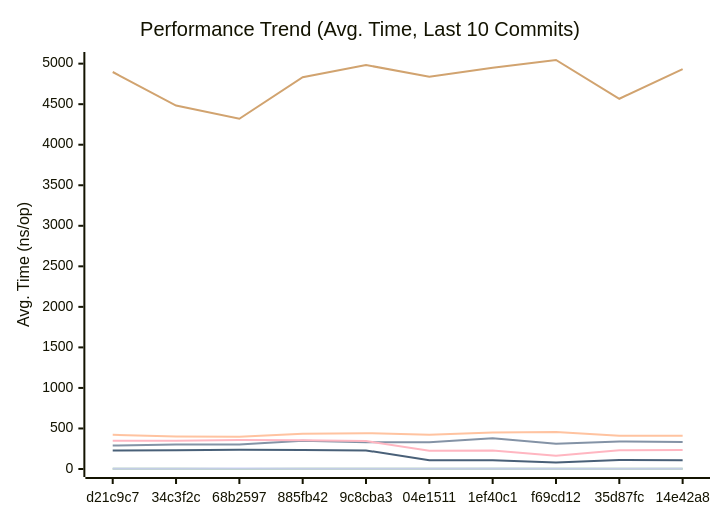
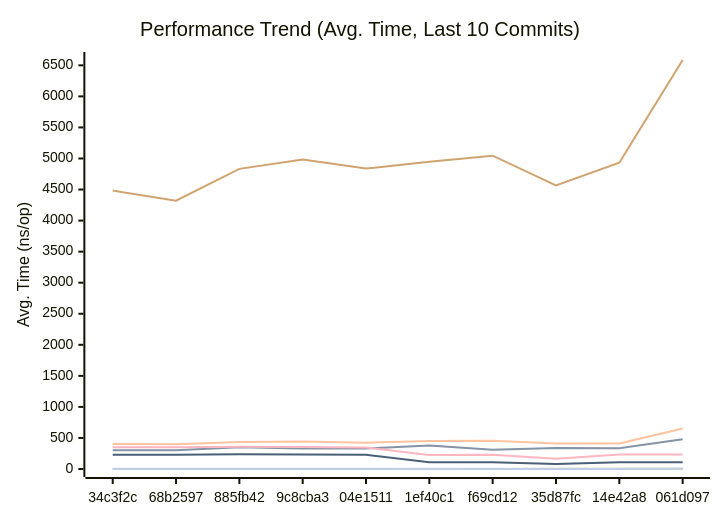
Before and after one commit to alsotoes/momo: the first of 3 diagrams in docs/PERFORMANCE.md, drawn with Mermaid. The commit also changed other lines of this file and 2 other files, not shown here.

````diff
--- a/docs/PERFORMANCE.md
+++ b/docs/PERFORMANCE.md
@@ -80,16 +80,16 @@
 ```mermaid
 xychart-beta
     title "Performance Trend (Avg. Time, Last 10 Commits)"
     x-axis "Commit"
     y-axis "Avg. Time (ns/op)"
-    x-axis [d21c9c7,34c3f2c,68b2597,885fb42,9c8cba3,04e1511,1ef40c1,f69cd12,35d87fc,14e42a8]
-    line "CheckMetricsAndSwap" [9,9,8,9,9,8,12,9,7,8]
-    line "CrushOptimized" [290,301,303,349,330,331,380,310,340,334]
-    line "CrushOriginal" [422,402,399,436,442,423,449,456,411,411]
+    x-axis [34c3f2c,68b2597,885fb42,9c8cba3,04e1511,1ef40c1,f69cd12,35d87fc,14e42a8,061d097]
+    line "CheckMetricsAndSwap" [9,8,9,9,8,12,9,7,8,11]
+    line "CrushOptimized" [301,303,349,330,331,380,310,340,334,480]
+    line "CrushOriginal" [402,399,436,442,423,449,456,411,411,653]
     line "IndexDirectTracking" [0,0,0,0,0,0,0,0,0,0]
-    line "IndexSearch" [2,2,1,2,2,2,2,2,3,3]
-    line "LoadGlobalConfig" [4897,4483,4320,4833,4983,4838,4948,5045,4567,4932]
-    line "PadString" [2,2,2,2,2,2,2,2,2,2]
+    line "IndexSearch" [2,1,2,2,2,2,2,3,3,3]
+    line "LoadGlobalConfig" [4483,4320,4833,4983,4838,4948,5045,4567,4932,6586]
+    line "PadString" [2,2,2,2,2,2,2,2,2,3]
     line "ParseReplicationOrder_NoPrealloc" [350,349,357,354,345,225,229,165,232,234]
     line "ParseReplicationOrder_Prealloc" [229,231,237,234,229,108,107,80,110,109]
 ```
````
